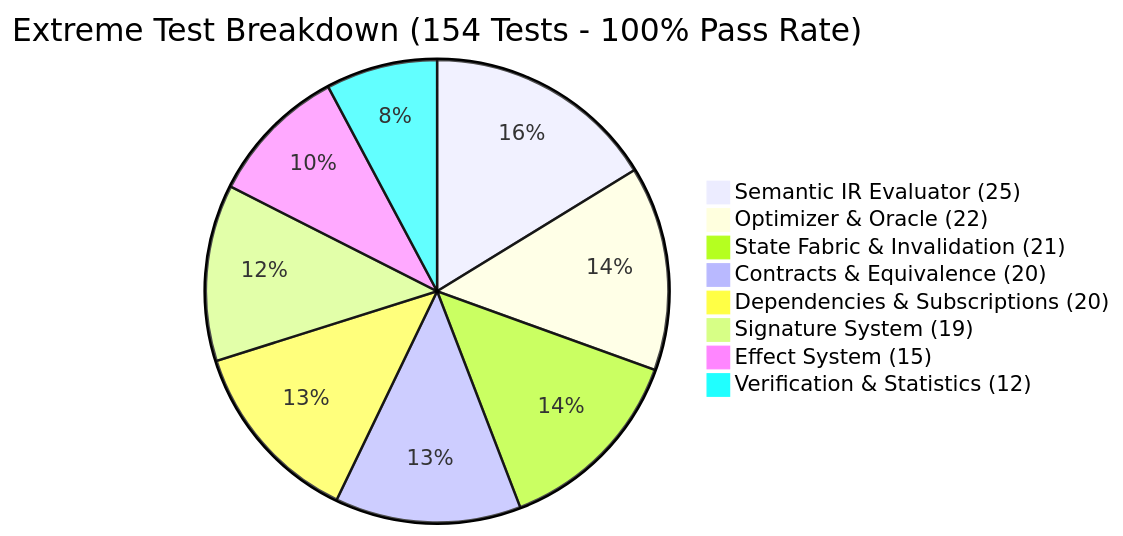
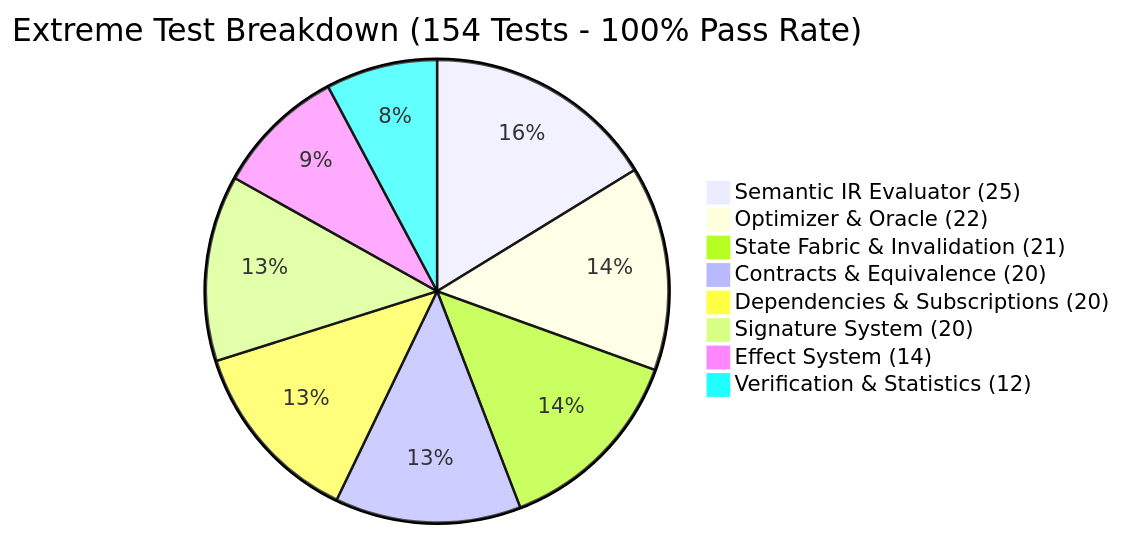
The second of 2 diagrams in README.md (PrivateAccount-01/CNE), drawn with Mermaid before and after one commit. The commit also changed other lines of this file and 18 other files, not shown here.

````diff
--- a/README.md
+++ b/README.md
@@ -89,11 +89,11 @@
 ```mermaid
 pie title Extreme Test Breakdown (154 Tests - 100% Pass Rate)
     "Semantic IR Evaluator (25)" : 25
     "Optimizer & Oracle (22)" : 22
     "State Fabric & Invalidation (21)" : 21
     "Contracts & Equivalence (20)" : 20
     "Dependencies & Subscriptions (20)" : 20
-    "Signature System (19)" : 19
-    "Effect System (15)" : 15
+    "Signature System (20)" : 20
+    "Effect System (14)" : 14
     "Verification & Statistics (12)" : 12
 ```
````
